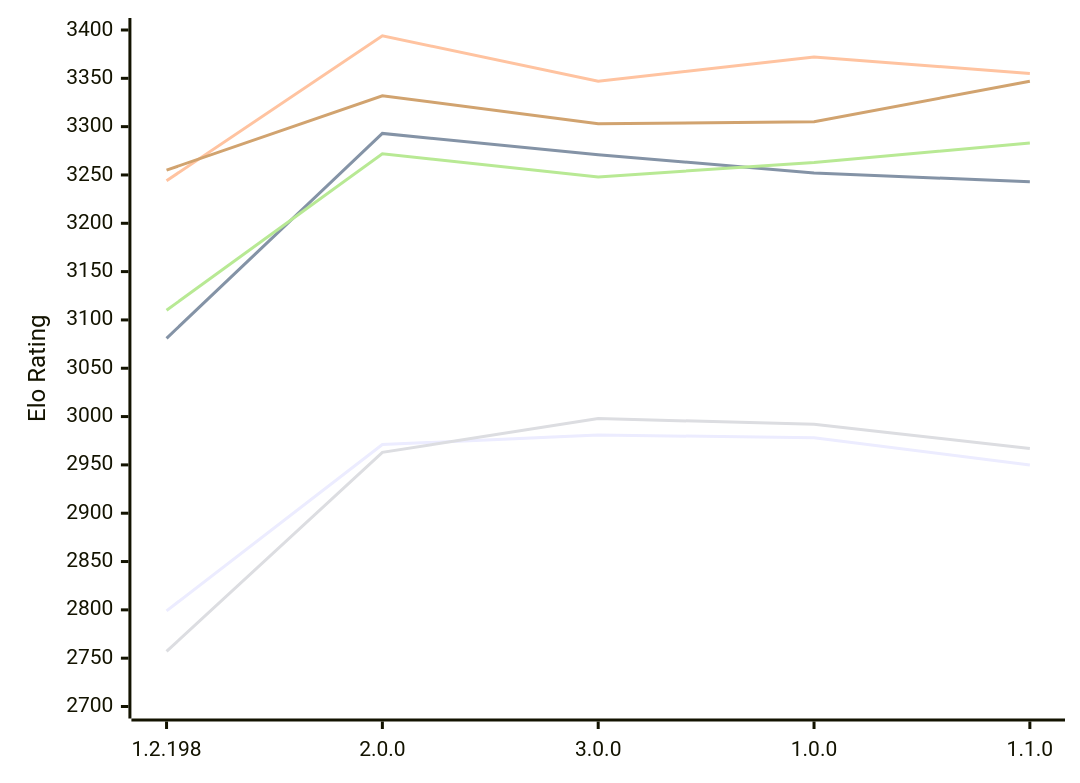
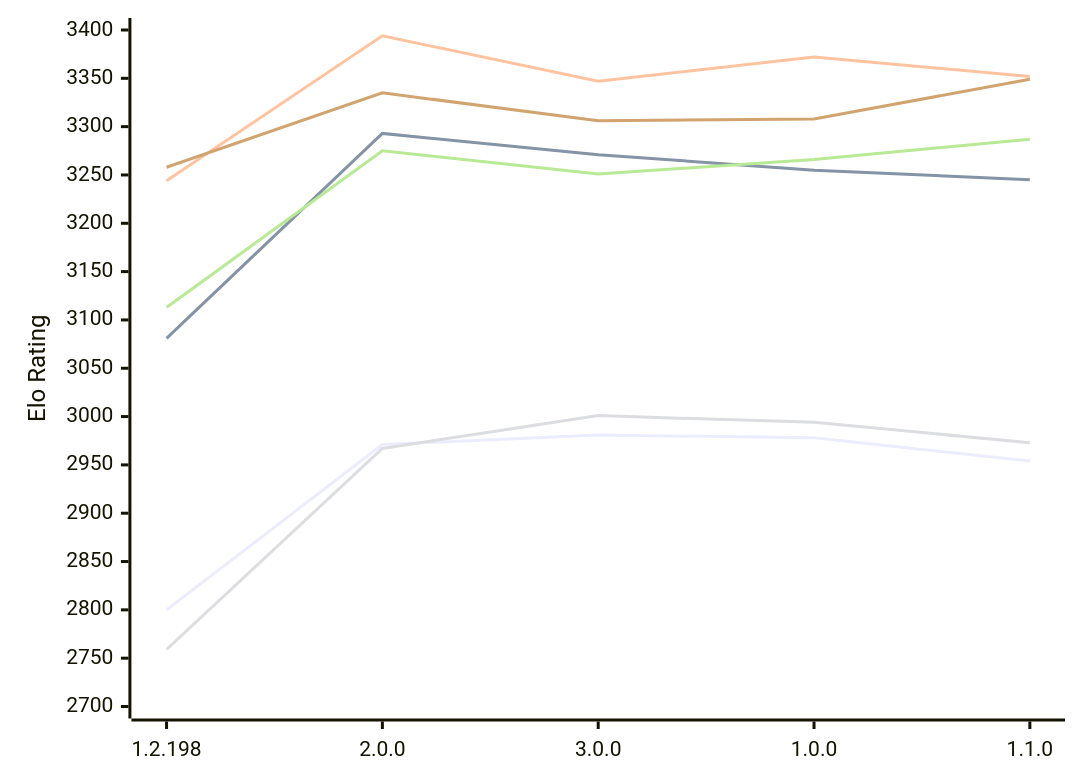
The diagram in engines/Trebuchet.md (computer-chess-index/cci), drawn with Mermaid before and after one commit. The commit also changed other lines of this file, not shown here.

Commit message:
Update CCI Ratings (ELO VLTC) - 2026-11-24

````diff
--- a/engines/Trebuchet.md
+++ b/engines/Trebuchet.md
@@ -55,12 +55,12 @@
 ```mermaid
 %%{init: {"theme":"base","themeVariables":{"seriesColors:['#a3a3a3','#222221','#faa371']}}}%%
 xychart-beta
   x-axis ["1.2.198", "2.0.0", "3.0.0", "1.0.0", "1.1.0"]
   y-axis "Elo Rating" 2700 --> 3400
-  line "E1: STC (8.0+0.08s)" [2799, 2971, 2981, 2978, 2950]
-  line "E1: LTC (60.0+0.60s)" [3081, 3293, 3271, 3252, 3243]
-  line "E1: VLTC (2m24s+1.12s)" [3244, 3394, 3347, 3372, 3355]
-  line "P1: STC (8.0+0.08s)" [2757, 2963, 2998, 2992, 2967]
-  line "P1: LTC (60.0+0.60s)" [3110, 3272, 3248, 3263, 3283]
-  line "P1: VLTC (2m24s+1.12s)" [3255, 3332, 3303, 3305, 3347]
+  line "E1: STC (8.0+0.08s)" [2800, 2971, 2981, 2978, 2954]
+  line "E1: LTC (60.0+0.60s)" [3081, 3293, 3271, 3255, 3245]
+  line "E1: VLTC (2m24s+1.12s)" [3244, 3394, 3347, 3372, 3352]
+  line "P1: STC (8.0+0.08s)" [2759, 2967, 3001, 2994, 2973]
+  line "P1: LTC (60.0+0.60s)" [3113, 3275, 3251, 3266, 3287]
+  line "P1: VLTC (2m24s+1.12s)" [3258, 3335, 3306, 3308, 3349]
 ```
````
